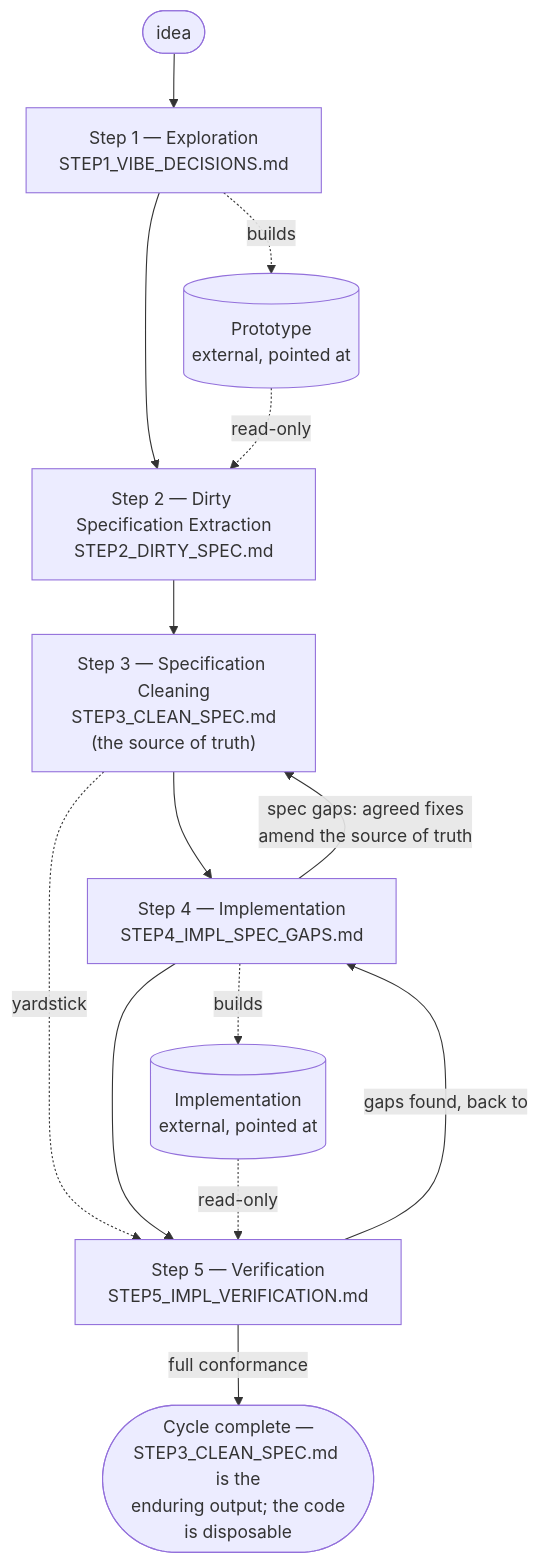
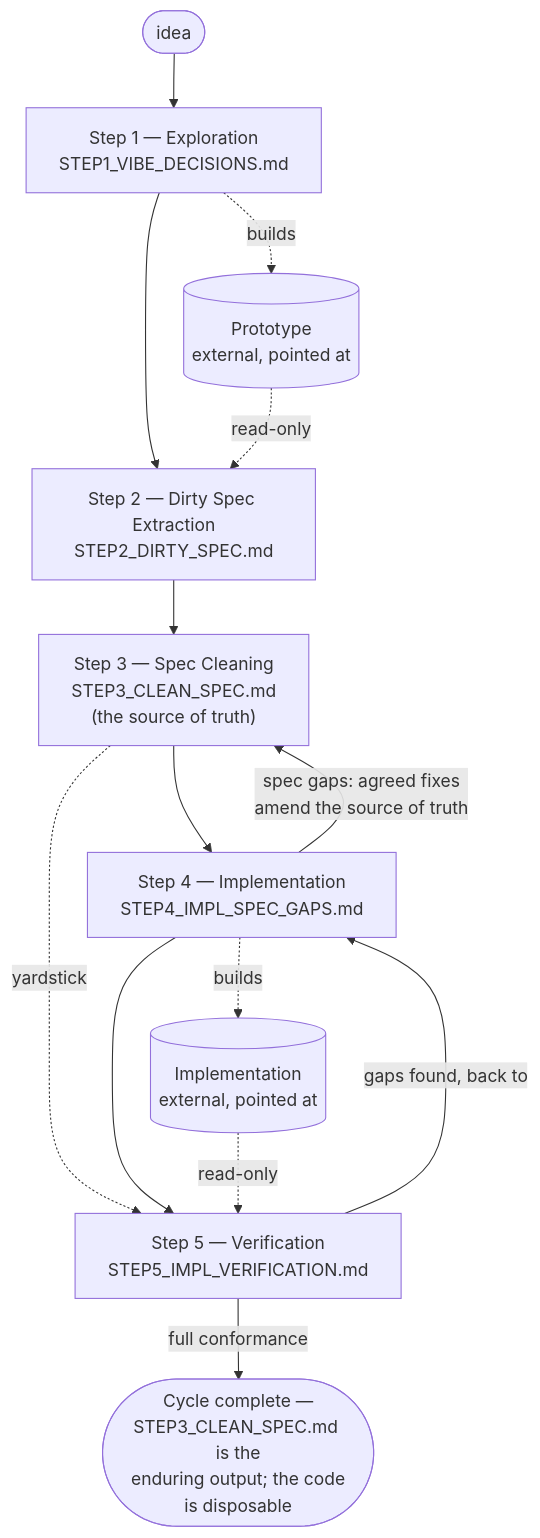
The diagram in steps/README.md (jeromeetienne/vibe_to_spec), drawn with Mermaid before and after one commit. The commit also changed other lines of this file and 9 other files, not shown here.

Commit message:
Shorten phase names to Dirty Spec Extraction / Spec Cleaning and reference phases by name, not number

````diff
--- a/steps/README.md
+++ b/steps/README.md
@@ -15,34 +15,34 @@
 ```mermaid
 flowchart TD
     Idea(["idea"]) --> Step1
 
     Step1["Step 1 — Exploration
 STEP1_VIBE_DECISIONS.md"] -.->|builds| Prototype[("Prototype
 external, pointed at")]
 
-    Step1 --> Step2["Step 2 — Dirty Specification Extraction
+    Step1 --> Step2["Step 2 — Dirty Spec Extraction
 STEP2_DIRTY_SPEC.md"]
     Prototype -.->|read-only| Step2
 
-    Step2 --> Step3["Step 3 — Specification Cleaning
+    Step2 --> Step3["Step 3 — Spec Cleaning
 STEP3_CLEAN_SPEC.md
 (the source of truth)"]
 
     Step3 --> Step4["Step 4 — Implementation
 STEP4_IMPL_SPEC_GAPS.md"]
     Step4 -.->|builds| Implementation[("Implementation
 external, pointed at")]
     Step4 -->|"spec gaps: agreed fixes
 amend the source of truth"| Step3
 
     Step3 -.->|yardstick| Step5["Step 5 — Verification
 STEP5_IMPL_VERIFICATION.md"]
     Step4 --> Step5
     Implementation -.->|read-only| Step5
 
     Step5 -->|gaps found, back to| Step4
     Step5 -->|full conformance| Done(["Cycle complete —
 STEP3_CLEAN_SPEC.md is the
 enduring output; the code
 is disposable"])
 ```
````
